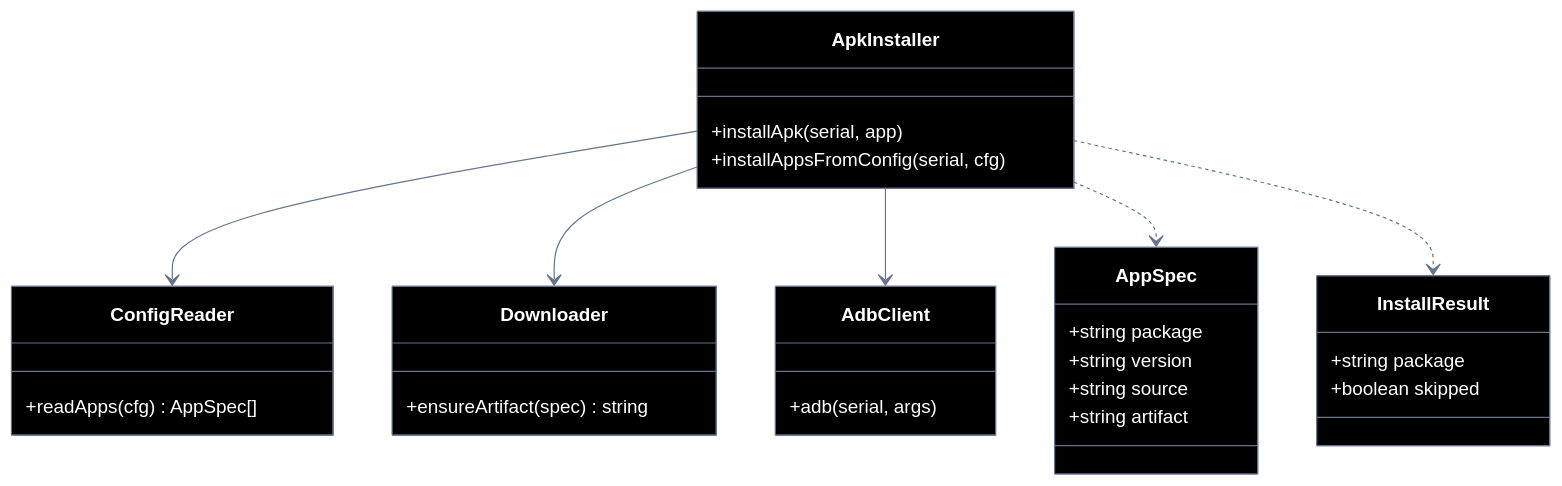
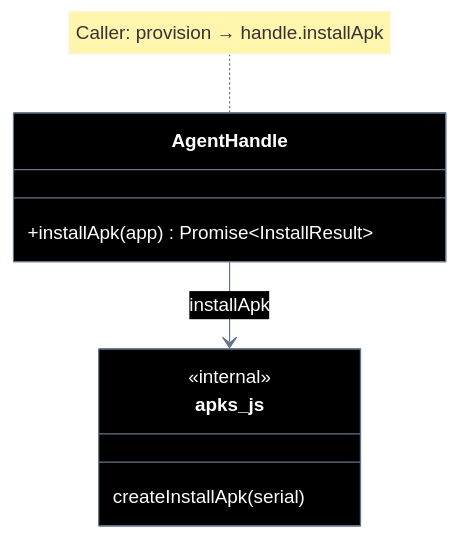
The second of 2 diagrams in connectmax/screen-robot/implementation-plan/EP-03-instalar-apks.md (laerciogermano/workstation), drawn with Mermaid before and after one commit. The commit also changed other lines of this file and 5 other files, not shown here.

First line of the commit message:
Alinha planos EP-03..06 ao padrão do handle (provisionar → métodos no AgentHandle).

````diff
--- a/connectmax/screen-robot/implementation-plan/EP-03-instalar-apks.md
+++ b/connectmax/screen-robot/implementation-plan/EP-03-instalar-apks.md
@@ -256,73 +189,38 @@
 ```mermaid
 ---
 config:
   theme: base
   themeVariables:
     darkMode: true
     background: '#000000'
     primaryColor: '#000000'
     primaryTextColor: '#ffffff'
     primaryBorderColor: '#64748b'
     secondaryColor: '#000000'
     secondaryTextColor: '#ffffff'
     secondaryBorderColor: '#64748b'
     tertiaryColor: '#000000'
     tertiaryTextColor: '#ffffff'
     tertiaryBorderColor: '#64748b'
     lineColor: '#64748b'
     textColor: '#ffffff'
     mainBkg: '#000000'
     nodeBorder: '#64748b'
     clusterBkg: '#000000'
     clusterBorder: '#333333'
     titleColor: '#ffffff'
     edgeLabelBackground: '#000000'
-    actorBkg: '#000000'
-    actorBorder: '#64748b'
-    actorTextColor: '#ffffff'
-    actorLineColor: '#333333'
-    signalColor: '#94a3b8'
-    signalTextColor: '#ffffff'
-    labelBoxBkgColor: '#000000'
-    labelBoxBorderColor: '#64748b'
-    labelTextColor: '#ffffff'
-    loopTextColor: '#ffffff'
-    noteBorderColor: '#64748b'
-    noteBkgColor: '#111111'
-    noteTextColor: '#ffffff'
-    activationBorderColor: '#64748b'
-    activationBkgColor: '#1a1a1a'
-    sequenceNumberColor: '#ffffff'
     classText: '#ffffff'
 ---
 classDiagram
   direction TB
-  class AppSpec {
-    +string package
-    +string version
-    +string source
-    +string artifact
+  class AgentHandle {
+    +installApk(app) Promise~InstallResult~
   }
-  class InstallResult {
-    +string package
-    +boolean skipped
+  class apks_js {
+    <<internal>>
+    createInstallApk(serial)
   }
-  class ConfigReader {
-    +readApps(cfg) AppSpec[]
-  }
-  class Downloader {
-    +ensureArtifact(spec) string
-  }
-  class AdbClient {
-    +adb(serial, args)
-  }
-  class ApkInstaller {
-    +installApk(serial, app)
-    +installAppsFromConfig(serial, cfg)
-  }
-  ApkInstaller --> ConfigReader
-  ApkInstaller --> Downloader
-  ApkInstaller --> AdbClient
-  ApkInstaller ..> AppSpec
-  ApkInstaller ..> InstallResult
+  note for AgentHandle "Caller: provision → handle.installApk"
+  AgentHandle --> apks_js : installApk
 ```
````
